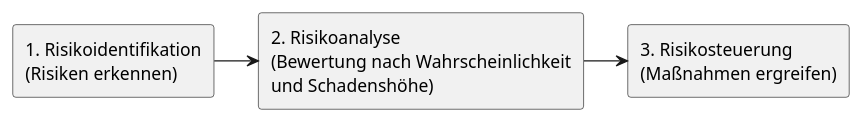
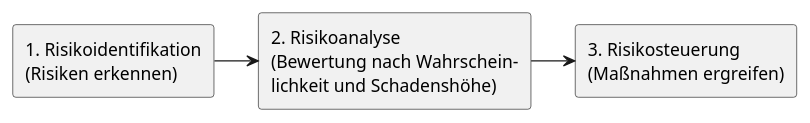
The diagram in docs/Schwerpunkte/Handlungsfeld 1/Marketing I.md (BoBoBaSs84/BB84.GFK), drawn with PlantUML before and after one commit. The commit also changed other lines of this file and 5 other files, not shown here.

````diff
--- a/docs/Schwerpunkte/Handlungsfeld 1/Marketing I.md
+++ b/docs/Schwerpunkte/Handlungsfeld 1/Marketing I.md
@@ -237,9 +235,9 @@
 ```plantuml
 @startuml
 rectangle "1. Risikoidentifikation\n(Risiken erkennen)" as R1
-rectangle "2. Risikoanalyse\n(Bewertung nach Wahrscheinlichkeit\nund Schadenshöhe)" as R2
+rectangle "2. Risikoanalyse\n(Bewertung nach Wahrschein-\nlichkeit und Schadenshöhe)" as R2
 rectangle "3. Risikosteuerung\n(Maßnahmen ergreifen)" as R3
 R1 -right-> R2
 R2 -right-> R3
 @enduml
 ```
````
